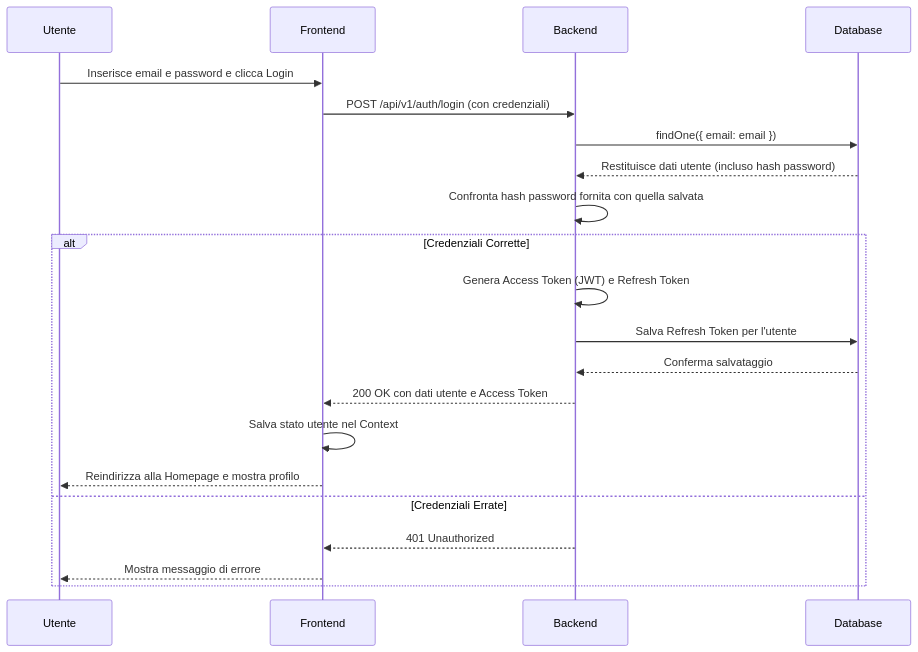
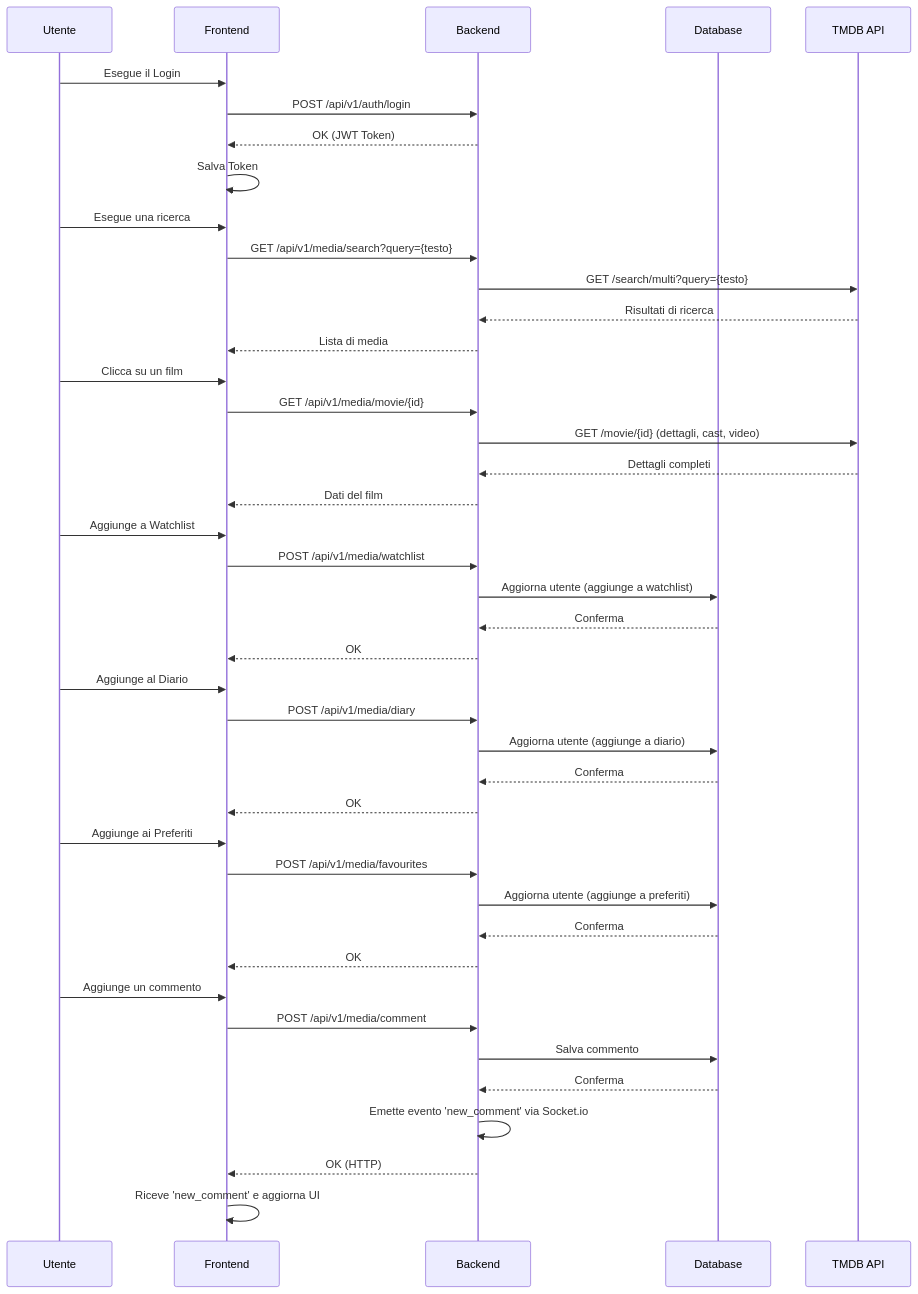
The second of 3 diagrams in docs/relazione.md (Vinjacko/LoHobbies), drawn with Mermaid before and after one commit. The commit also changed other lines of this file, not shown here.

Commit message:
relazionept2

````diff
--- a/docs/relazione.md
+++ b/docs/relazione.md
@@ -65,25 +66,51 @@
 ```mermaid
 sequenceDiagram
     participant U as Utente
     participant F as Frontend
     participant B as Backend
     participant DB as Database
+    participant TMDB as TMDB API
 
-    U->>F: Inserisce email e password e clicca Login
-    F->>B: POST /api/v1/auth/login (con credenziali)
-    B->>DB: findOne({ email: email })
-    DB-->>B: Restituisce dati utente (incluso hash password)
-    B->>B: Confronta hash password fornita con quella salvata
-    alt Credenziali Corrette
-        B->>B: Genera Access Token (JWT) e Refresh Token
-        B->>DB: Salva Refresh Token per l'utente
-        DB-->>B: Conferma salvataggio
-        B-->>F: 200 OK con dati utente e Access Token
-        F->>F: Salva stato utente nel Context
-        F-->>U: Reindirizza alla Homepage e mostra profilo
-    else Credenziali Errate
-        B-->>F: 401 Unauthorized
-        F-->>U: Mostra messaggio di errore
-    end
-    ## NON È COMPLETO MA CONTIENE SOLO L'AUTH
+    U->>F: Esegue il Login
+    F->>B: POST /api/v1/auth/login
+    B-->>F: OK (JWT Token)
+    F->>F: Salva Token
+
+    U->>F: Esegue una ricerca
+    F->>B: GET /api/v1/media/search?query={testo}
+    B->>TMDB: GET /search/multi?query={testo}
+    TMDB-->>B: Risultati di ricerca
+    B-->>F: Lista di media
+
+    U->>F: Clicca su un film
+    F->>B: GET /api/v1/media/movie/{id}
+    B->>TMDB: GET /movie/{id} (dettagli, cast, video)
+    TMDB-->>B: Dettagli completi
+    B-->>F: Dati del film
+
+    U->>F: Aggiunge a Watchlist
+    F->>B: POST /api/v1/media/watchlist
+    B->>DB: Aggiorna utente (aggiunge a watchlist)
+    DB-->>B: Conferma
+    B-->>F: OK
+
+    U->>F: Aggiunge al Diario
+    F->>B: POST /api/v1/media/diary
+    B->>DB: Aggiorna utente (aggiunge a diario)
+    DB-->>B: Conferma
+    B-->>F: OK
+
+    U->>F: Aggiunge ai Preferiti
+    F->>B: POST /api/v1/media/favourites
+    B->>DB: Aggiorna utente (aggiunge a preferiti)
+    DB-->>B: Conferma
+    B-->>F: OK
+
+    U->>F: Aggiunge un commento
+    F->>B: POST /api/v1/media/comment
+    B->>DB: Salva commento
+    DB-->>B: Conferma
+    B->>B: Emette evento 'new_comment' via Socket.io
+    B-->>F: OK (HTTP)
+    F->>F: Riceve 'new_comment' e aggiorna UI
 ```
````
